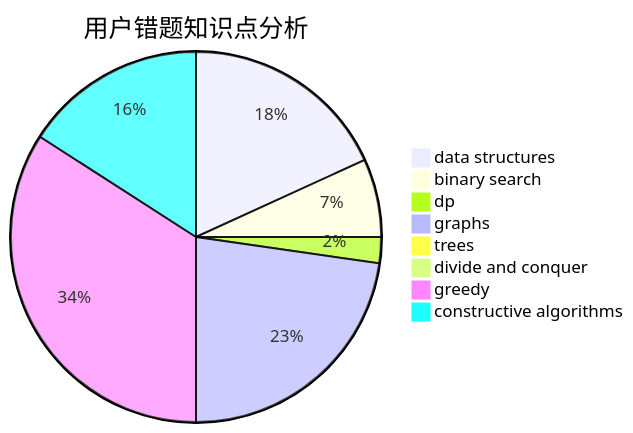
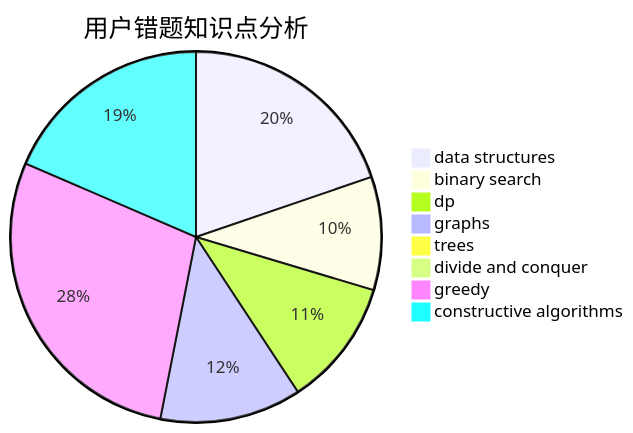
One commit to sherpahu/cfrs.github.io changed the third of 3 diagrams in docs/user/u1282.md. Above: the diagram before and after it, drawn with Mermaid. The commit also changed other lines of this file and 2770 other files, not shown here.

````diff
--- a/docs/user/u1282.md
+++ b/docs/user/u1282.md
@@ -36,11 +36,11 @@
 ```mermaid
 pie title 用户错题知识点分析
-    "data structures" :  8
-    "binary search" :  3
-    "dp" :  1
+    "data structures" :  16
+    "binary search" :  8
+    "dp" :  9
     "graphs" :  10
     "trees" :  0
     "divide and conquer" :  0
-    "greedy" :  15
-    "constructive algorithms" :  7
+    "greedy" :  23
+    "constructive algorithms" :  15
 ```
````
